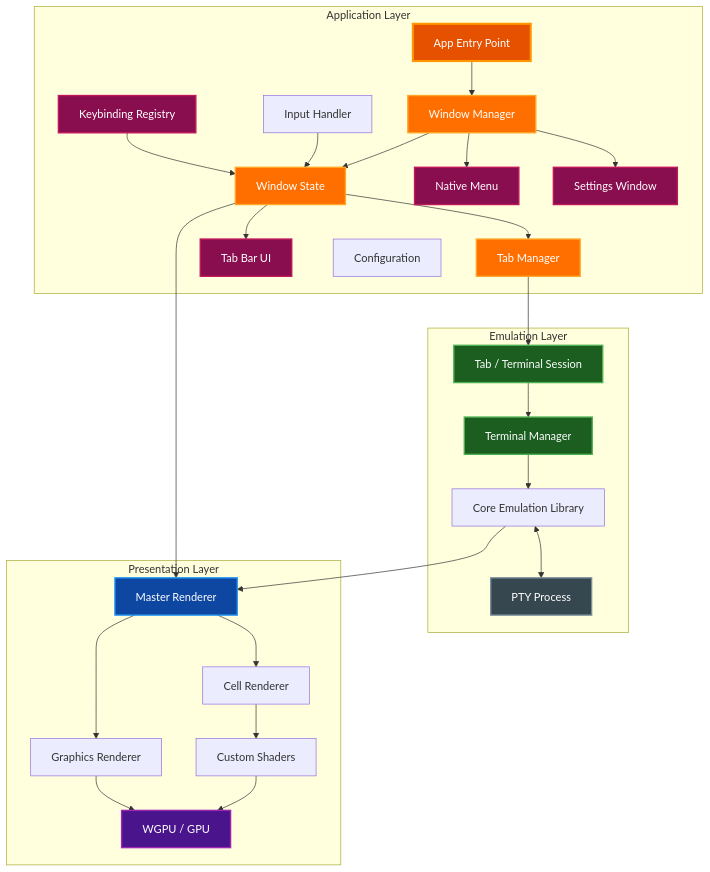
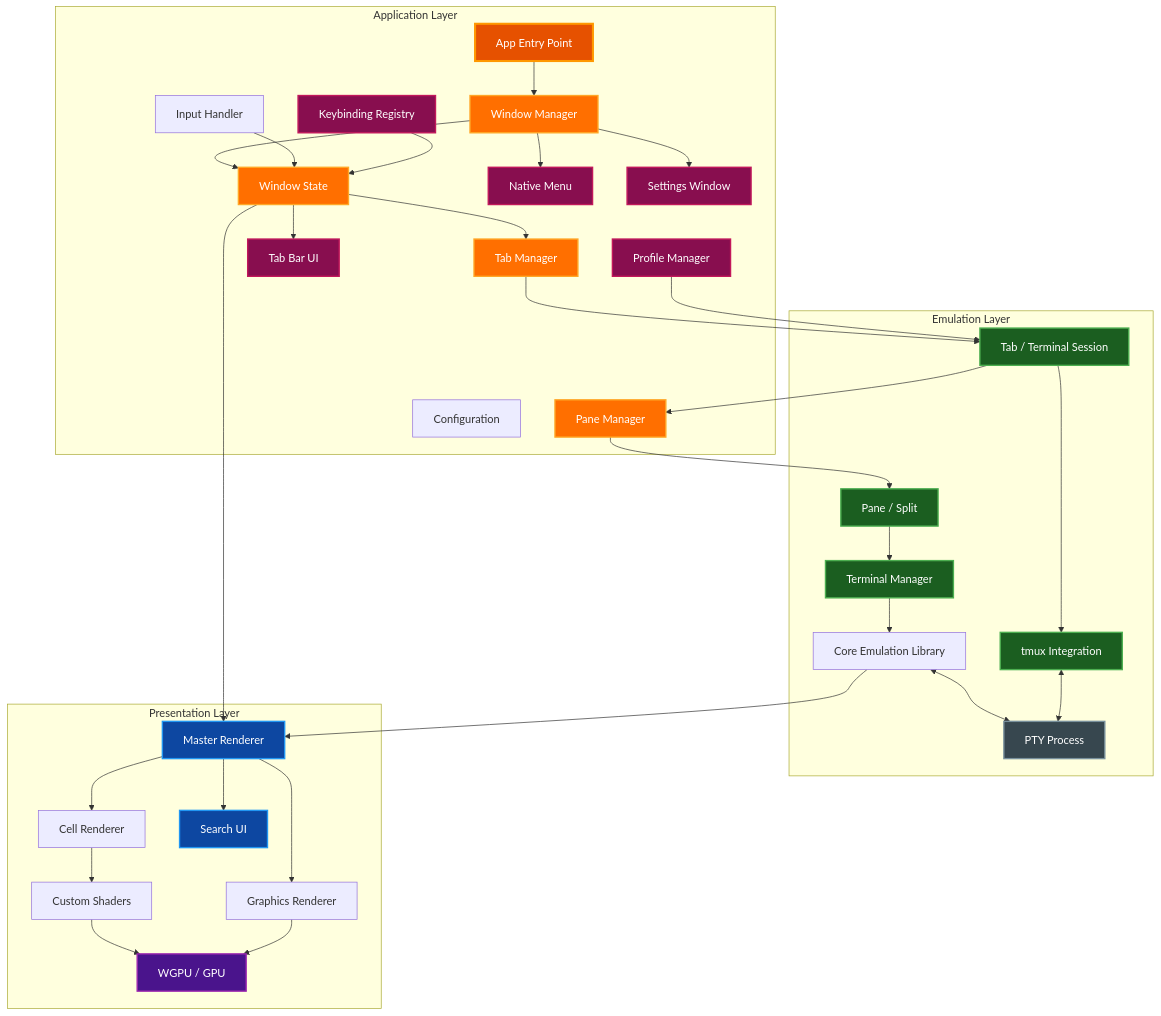
The first of 2 diagrams in docs/ARCHITECTURE.md (paulrobello/par-term), drawn with Mermaid before and after one commit. The commit also changed other lines of this file and 16 other files, not shown here.

````diff
--- a/docs/ARCHITECTURE.md
+++ b/docs/ARCHITECTURE.md
@@ -31,64 +34,80 @@
 ```mermaid
 graph TB
     subgraph "Application Layer"
         App[App Entry Point]
         WM[Window Manager]
         WS[Window State]
         TabMgr[Tab Manager]
+        PaneMgr[Pane Manager]
         TabUI[Tab Bar UI]
         Menu[Native Menu]
         Input[Input Handler]
         Keybind[Keybinding Registry]
         Config[Configuration]
         SettingsWin[Settings Window]
+        Profile[Profile Manager]
     end
 
     subgraph "Emulation Layer"
         Tab[Tab / Terminal Session]
+        Pane[Pane / Split]
         TM[Terminal Manager]
         Core[Core Emulation Library]
         PTY[PTY Process]
+        Tmux[tmux Integration]
     end
 
     subgraph "Presentation Layer"
         Renderer[Master Renderer]
         CellRender[Cell Renderer]
         GraphicRender[Graphics Renderer]
         Shader[Custom Shaders]
+        Search[Search UI]
         GPU[WGPU / GPU]
     end
 
     App --> WM
     WM --> WS
     WM --> Menu
     WM --> SettingsWin
     Input --> WS
     Keybind --> WS
     WS --> TabMgr
     WS --> TabUI
     TabMgr --> Tab
-    Tab --> TM
+    Tab --> PaneMgr
+    PaneMgr --> Pane
+    Pane --> TM
+    Tab --> Tmux
+    Profile --> Tab
     WS --> Renderer
     TM --> Core
     Core <--> PTY
+    Tmux <--> PTY
     Core --> Renderer
     Renderer --> CellRender
     Renderer --> GraphicRender
+    Renderer --> Search
     CellRender --> Shader
     Shader --> GPU
     GraphicRender --> GPU
 
     style App fill:#e65100,stroke:#ff9800,stroke-width:3px,color:#ffffff
     style WM fill:#ff6f00,stroke:#ffa726,stroke-width:2px,color:#ffffff
     style WS fill:#ff6f00,stroke:#ffa726,stroke-width:2px,color:#ffffff
     style TabMgr fill:#ff6f00,stroke:#ffa726,stroke-width:2px,color:#ffffff
+    style PaneMgr fill:#ff6f00,stroke:#ffa726,stroke-width:2px,color:#ffffff
     style TabUI fill:#880e4f,stroke:#c2185b,stroke-width:2px,color:#ffffff
     style Menu fill:#880e4f,stroke:#c2185b,stroke-width:2px,color:#ffffff
     style Keybind fill:#880e4f,stroke:#c2185b,stroke-width:2px,color:#ffffff
     style SettingsWin fill:#880e4f,stroke:#c2185b,stroke-width:2px,color:#ffffff
+    style Profile fill:#880e4f,stroke:#c2185b,stroke-width:2px,color:#ffffff
     style Tab fill:#1b5e20,stroke:#4caf50,stroke-width:2px,color:#ffffff
+    style Pane fill:#1b5e20,stroke:#4caf50,stroke-width:2px,color:#ffffff
     style TM fill:#1b5e20,stroke:#4caf50,stroke-width:2px,color:#ffffff
+    style Tmux fill:#1b5e20,stroke:#4caf50,stroke-width:2px,color:#ffffff
     style Renderer fill:#0d47a1,stroke:#2196f3,stroke-width:2px,color:#ffffff
+    style Search fill:#0d47a1,stroke:#2196f3,stroke-width:2px,color:#ffffff
     style PTY fill:#37474f,stroke:#78909c,stroke-width:2px,color:#ffffff
     style GPU fill:#4a148c,stroke:#9c27b0,stroke-width:2px,color:#ffffff
 ```
````
